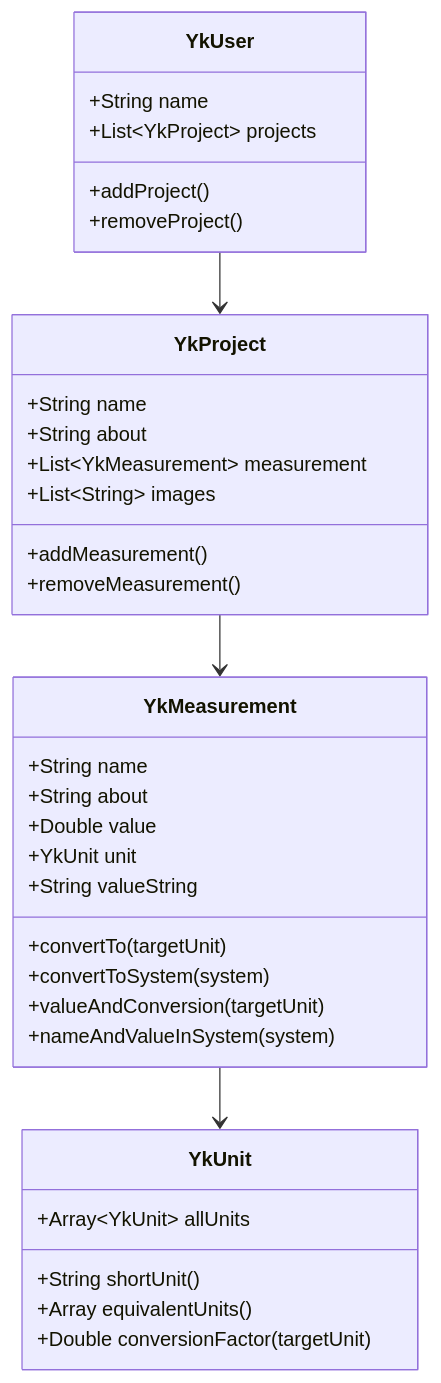
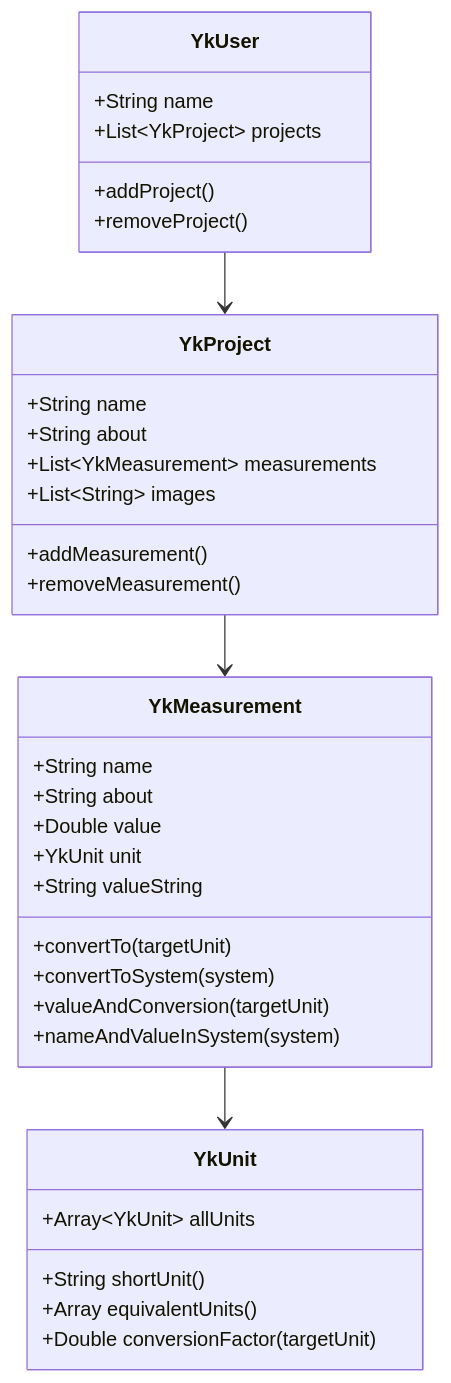
One commit to radcli14/youkon changed the diagram in README.md. Above: the diagram before and after it, drawn with Mermaid. The commit also changed other lines of this file, not shown here.

````diff
--- a/README.md
+++ b/README.md
@@ -34,37 +35,37 @@
 ```mermaid
 classDiagram
 YkUser --> YkProject
 YkProject --> YkMeasurement
 YkMeasurement --> YkUnit
 class YkUser {
 +String name
 +List~YkProject~ projects
 +addProject()
 +removeProject()
 }
 class YkProject {
 +String name
 +String about
-+List~YkMeasurement~ measurement
++List~YkMeasurement~ measurements
 +List~String~ images
 +addMeasurement()
 +removeMeasurement()
 }
 class YkMeasurement {
 +String name
 +String about
 +Double value
 +YkUnit unit
 +String valueString
 +convertTo(targetUnit)
 +convertToSystem(system)
 +valueAndConversion(targetUnit)
 +nameAndValueInSystem(system)
 }
 class YkUnit {
 +Array~YkUnit~ allUnits
 +String shortUnit()
 +Array<YkUnit> equivalentUnits()
 +Double conversionFactor(targetUnit)
 }
 ```
````
